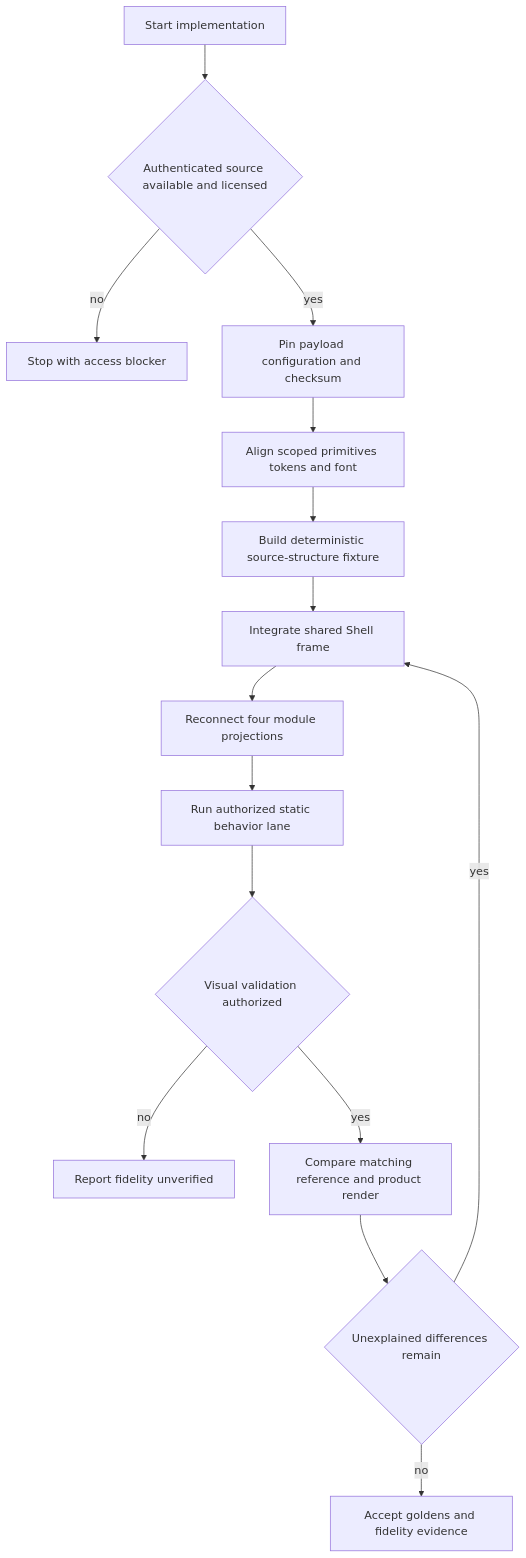
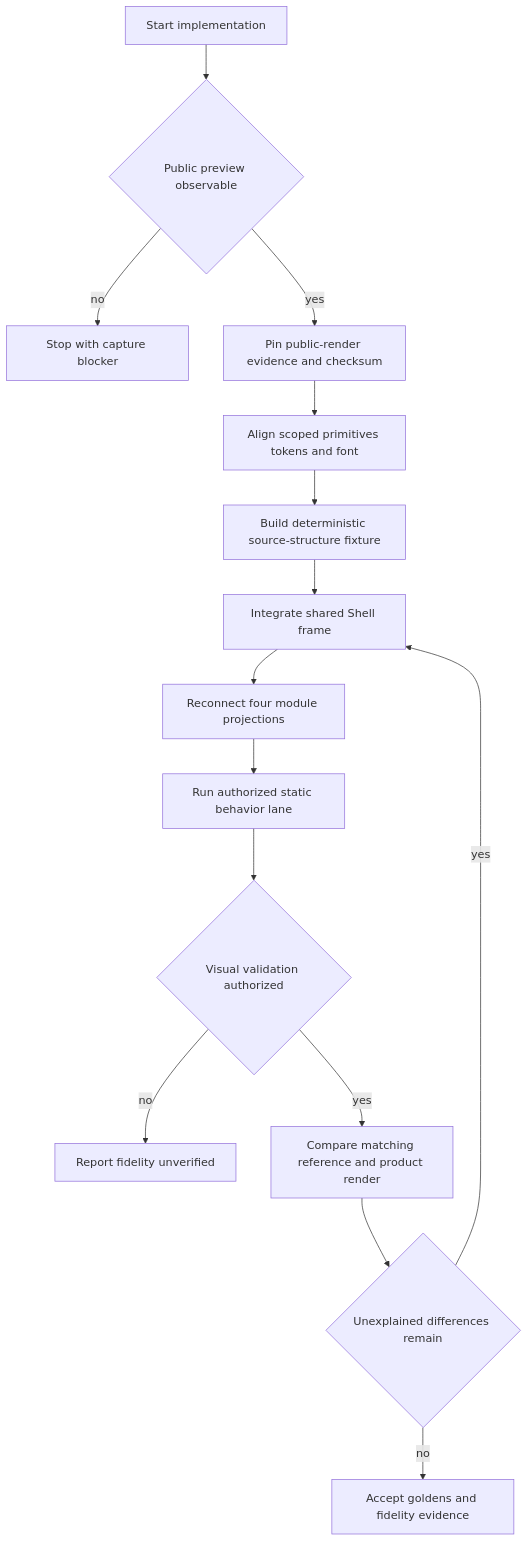
The second of 2 diagrams in docs/plans/2026-09-03-0906-refactor-electron-reui-source-fidelity-plan.md (hashencode/voice-studio), drawn with Mermaid before and after one commit. The commit also changed other lines of this file and 7 other files, not shown here.

````diff
--- a/docs/plans/2026-09-03-0906-refactor-electron-reui-source-fidelity-plan.md
+++ b/docs/plans/2026-09-03-0906-refactor-electron-reui-source-fidelity-plan.md
@@ -169,17 +169,17 @@
 ```mermaid
 flowchart TB
-  Start[Start implementation] --> Access{Authenticated source available and licensed}
-  Access -->|no| Stop[Stop with access blocker]
-  Access -->|yes| Pin[Pin payload configuration and checksum]
+  Start[Start implementation] --> Access{Public preview observable}
+  Access -->|no| Stop[Stop with capture blocker]
+  Access -->|yes| Pin[Pin public-render evidence and checksum]
   Pin --> Primitives[Align scoped primitives tokens and font]
   Primitives --> Fixture[Build deterministic source-structure fixture]
   Fixture --> Shell[Integrate shared Shell frame]
   Shell --> Modules[Reconnect four module projections]
   Modules --> Static[Run authorized static behavior lane]
   Static --> Permission{Visual validation authorized}
   Permission -->|no| Unverified[Report fidelity unverified]
   Permission -->|yes| Compare[Compare matching reference and product render]
   Compare --> Drift{Unexplained differences remain}
   Drift -->|yes| Shell
   Drift -->|no| Accept[Accept goldens and fidelity evidence]
 ```
````
